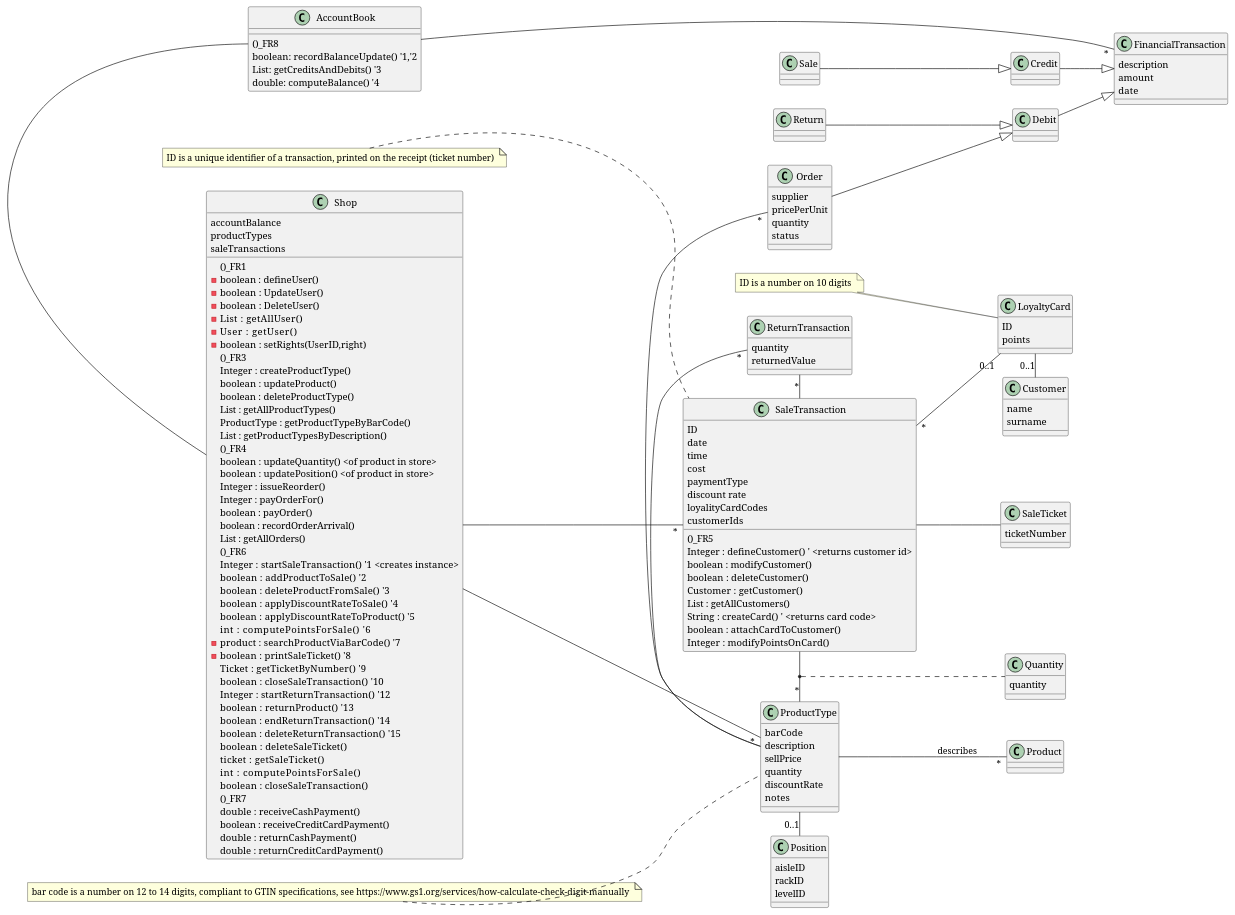
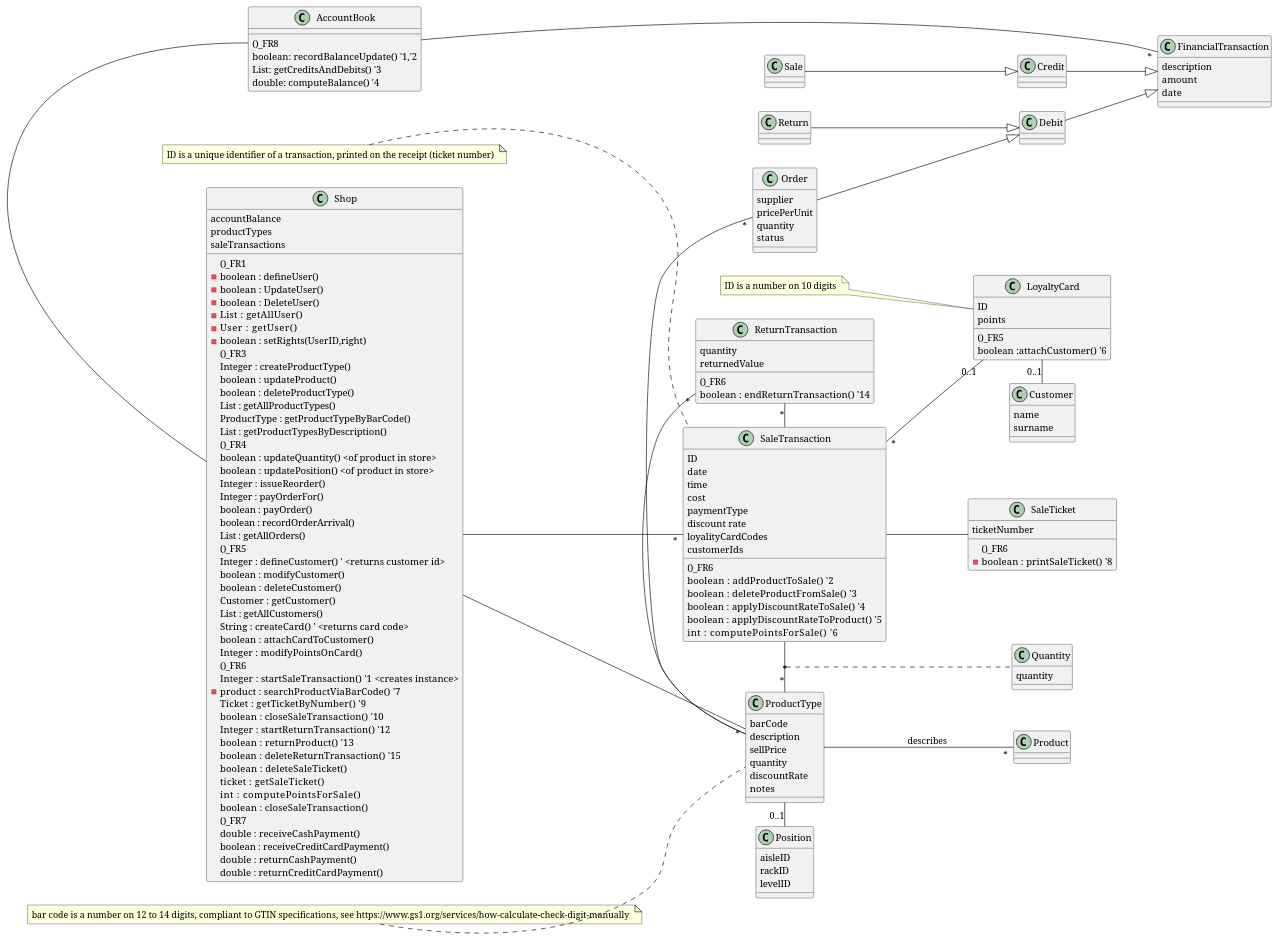
Before and after one commit to zitabou/EZShop: the second of 2 diagrams in Deliverables/DesignDocument.md, drawn with PlantUML. The commit also changed other lines of this file, not shown here.

```diff
--- a/Deliverables/DesignDocument.md
+++ b/Deliverables/DesignDocument.md
@@ -75,20 +75,22 @@
     boolean : payOrder()
     boolean : recordOrderArrival()
     List : getAllOrders()
+    ()_FR5
+    Integer : defineCustomer() ' <returns customer id>
+    boolean : modifyCustomer()
+    boolean : deleteCustomer()
+    Customer : getCustomer()
+    List : getAllCustomers()
+    String : createCard()  ' <returns card code>
+    boolean : attachCardToCustomer()
+    Integer  : modifyPointsOnCard()
     ()_FR6
     Integer   : startSaleTransaction() '1 <creates instance>
-    boolean   : addProductToSale() '2
-    boolean   : deleteProductFromSale() '3
-    boolean   : applyDiscountRateToSale() '4
-    boolean   : applyDiscountRateToProduct() '5 
-    int       : computePointsForSale() '6
     -product   : searchProductViaBarCode() '7
-    -boolean   : printSaleTicket() '8
     Ticket    : getTicketByNumber() '9
     boolean   : closeSaleTransaction() '10
     Integer   : startReturnTransaction() '12
     boolean   : returnProduct() '13
-    boolean   : endReturnTransaction() '14
     boolean   : deleteReturnTransaction() '15
     boolean   : deleteSaleTicket()
     ticket    : getSaleTicket()
@@ -152,15 +154,13 @@
     discount rate
     loyalityCardCodes
     customerIds
-    ()_FR5
-    Integer : defineCustomer() ' <returns customer id>
-    boolean : modifyCustomer()
-    boolean : deleteCustomer()
-    Customer : getCustomer()
-    List : getAllCustomers()
-    String : createCard()  ' <returns card code>
-    boolean : attachCardToCustomer()
-    Integer  : modifyPointsOnCard()
+    ()_FR6
+    boolean   : addProductToSale() '2
+    boolean   : deleteProductFromSale() '3
+    boolean   : applyDiscountRateToSale() '4
+    boolean   : applyDiscountRateToProduct() '5 
+    int       : computePointsForSale() '6
+    
 
 
 
@@ -170,6 +170,8 @@
 
 class SaleTicket{
     ticketNumber
+    ()_FR6
+    -boolean   : printSaleTicket() '8
 }
 SaleTransaction -- SaleTicket
 
@@ -181,6 +183,8 @@
 class LoyaltyCard {
     ID
     points
+    ()_FR5
+    boolean :attachCustomer() '6
 }
 
 class Customer {
@@ -218,6 +222,8 @@
 class ReturnTransaction {
   quantity
   returnedValue
+  ()_FR6
+  boolean   : endReturnTransaction() '14
 }
 
 ReturnTransaction "*" - SaleTransaction
```
